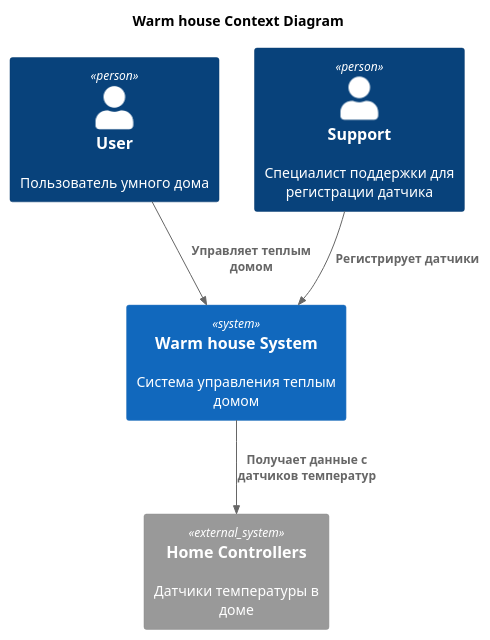
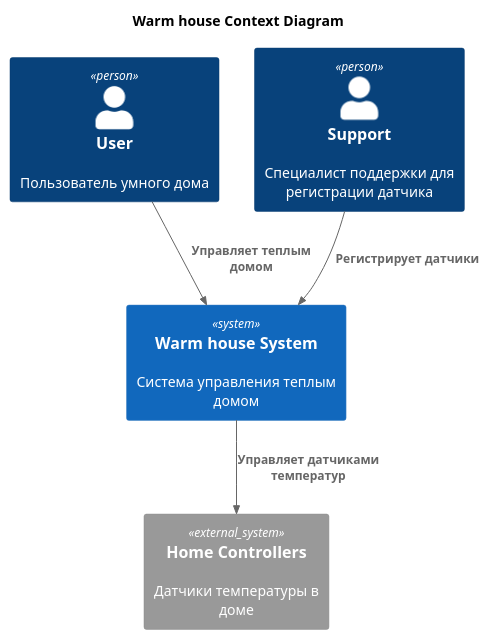
The diagram in diagrams/01_context/context.puml (AlexandrAnash/architecture-pro-warmhouse), drawn with PlantUML before and after one commit. The commit also changed 2 other files, not shown here.

```diff
--- a/diagrams/01_context/context.puml
+++ b/diagrams/01_context/context.puml
@@ -1,19 +1,19 @@
 @startuml
 title Warm house Context Diagram
 
 top to bottom direction
 
 !includeurl https://raw.githubusercontent.com/plantuml-stdlib/C4-PlantUML/master/C4_Context.puml
 
 Person(User, "User", "Пользователь умного дома")
 Person(Support, "Support", "Специалист поддержки для регистрации датчика")
 
 System(WarmHouseSystem, "Warm house System", "Система управления теплым домом")
 
 System_Ext(HomeControllers, "Home Controllers", "Датчики температуры в доме")
 
 Rel(User, WarmHouseSystem, "Управляет теплым домом")
 Rel(Support, WarmHouseSystem, "Регистрирует датчики")
-Rel(WarmHouseSystem, HomeControllers, "Получает данные с датчиков температур")
+Rel(WarmHouseSystem, HomeControllers, "Управляет датчиками температур")
 
 @enduml
```
